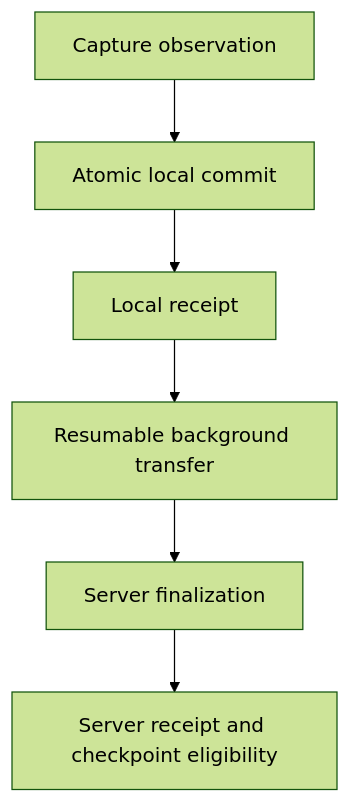
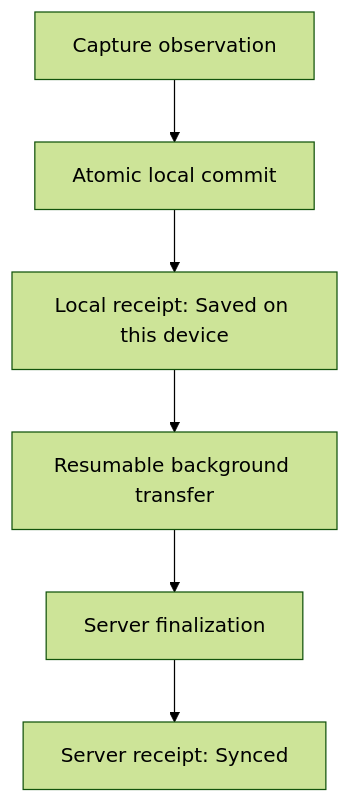
The diagram in README.md (gbrlpzz/collect), drawn with Mermaid (forest theme) before and after one commit. The commit also changed other lines of this file and 22 other files, not shown here.

````diff
--- a/README.md
+++ b/README.md
@@ -73,8 +79,8 @@
 ```mermaid
 flowchart TD
   A[Capture observation] --> B[Atomic local commit]
-  B --> C[Local receipt]
+  B --> C[Local receipt: Saved on this device]
   C --> D[Resumable background transfer]
   D --> E[Server finalization]
-  E --> F[Server receipt and checkpoint eligibility]
+  E --> F[Server receipt: Synced]
 ```
````
